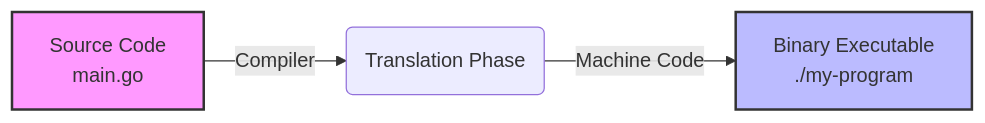
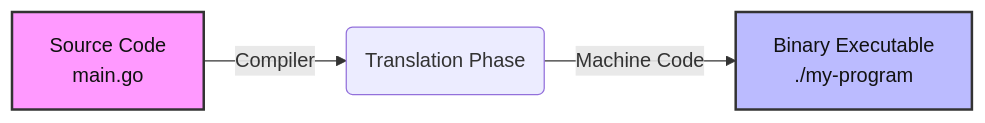
One commit to kube-dojo/kube-dojo.github.io changed the first of 2 diagrams in src/content/docs/prerequisites/zero-to-terminal/module-0.9-software-and-packages.md. Above: the diagram before and after it, drawn with Mermaid. The commit also changed other lines of this file and 16 other files, not shown here.

Commit message:
fix(content): complete English diagram foregrounds (#3446)

````diff
--- a/src/content/docs/prerequisites/zero-to-terminal/module-0.9-software-and-packages.md
+++ b/src/content/docs/prerequisites/zero-to-terminal/module-0.9-software-and-packages.md
@@ -70,8 +70,8 @@
 ```mermaid
 flowchart LR
     A["Source Code<br/>main.go"] -->|Compiler| B(Translation Phase)
     B -->|Machine Code| C["Binary Executable<br/>./my-program"]
 
-    style A fill:#f9f,stroke:#333,stroke-width:2px
-    style C fill:#bbf,stroke:#333,stroke-width:2px
+    style A fill:#f9f,stroke:#333,stroke-width:2px,color:#111
+    style C fill:#bbf,stroke:#333,stroke-width:2px,color:#111
 ```
````
